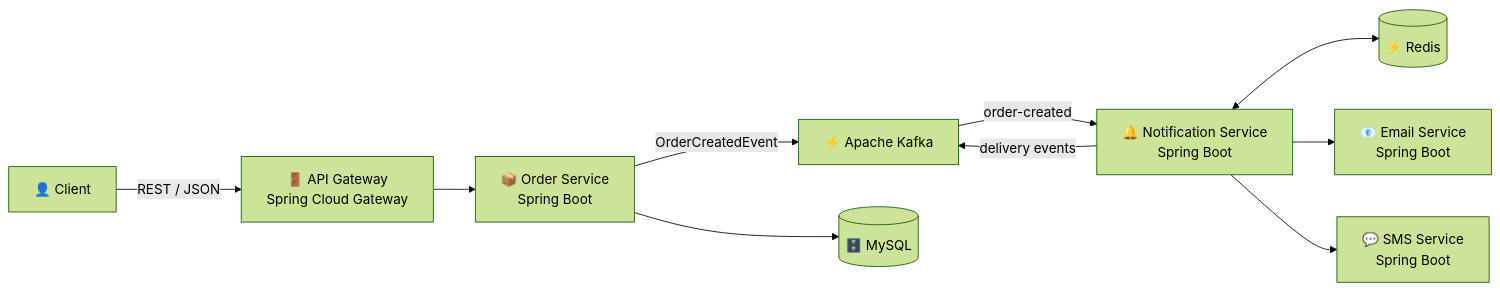
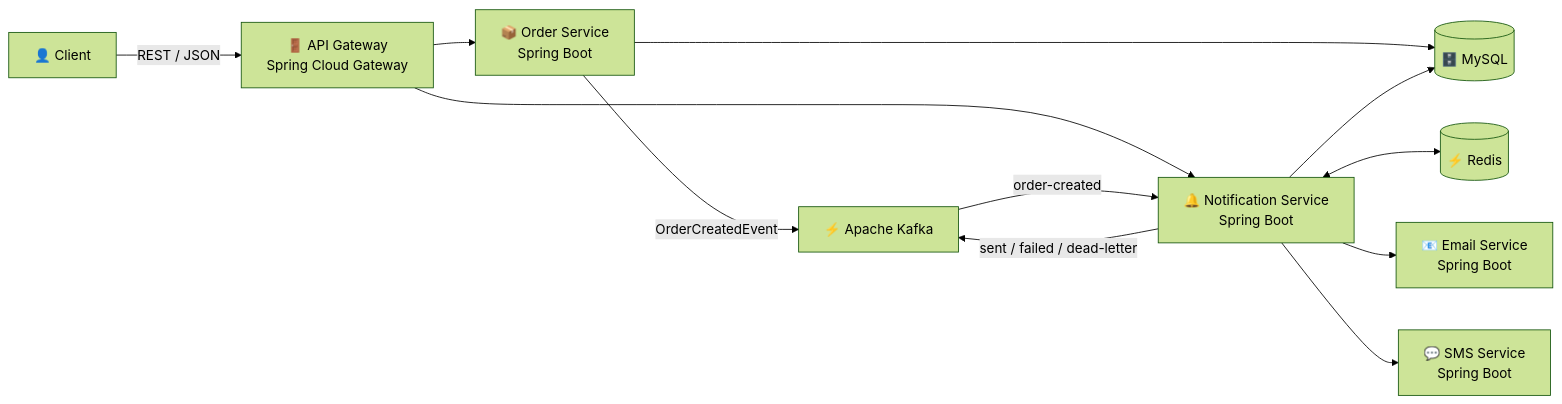
One commit to marlware/etch changed the diagram in README.md. Above: the diagram before and after it, drawn with Mermaid (forest theme). The commit also changed other lines of this file and 59 other files, not shown here.

````diff
--- a/README.md
+++ b/README.md
@@ -9,28 +9,30 @@
 ```mermaid
 flowchart LR
     CLIENT["👤 Client"]
 
     GATEWAY["🚪 API Gateway<br/>Spring Cloud Gateway"]
     ORDER["📦 Order Service<br/>Spring Boot"]
     NOTIFY["🔔 Notification Service<br/>Spring Boot"]
     EMAIL["📧 Email Service<br/>Spring Boot"]
     SMS["💬 SMS Service<br/>Spring Boot"]
 
     KAFKA["⚡ Apache Kafka"]
     DB[("🗄️ MySQL")]
     REDIS[("⚡ Redis")]
 
     CLIENT -->|REST / JSON| GATEWAY
     GATEWAY --> ORDER
+    GATEWAY --> NOTIFY
 
     ORDER --> DB
     ORDER -->|OrderCreatedEvent| KAFKA
 
     KAFKA -->|order-created| NOTIFY
     NOTIFY <--> REDIS
+    NOTIFY --> DB
 
     NOTIFY --> EMAIL
     NOTIFY --> SMS
 
-    NOTIFY -->|delivery events| KAFKA
+    NOTIFY -->|sent / failed / dead-letter| KAFKA
 ```
````
